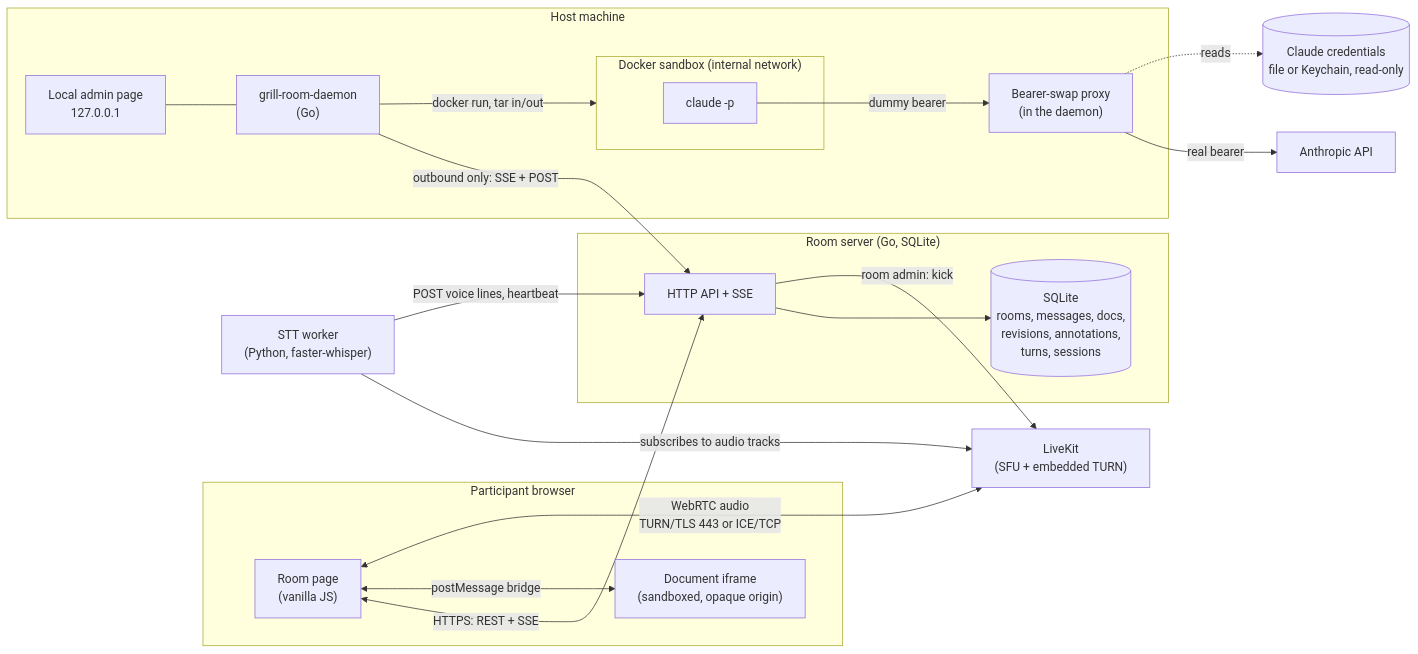
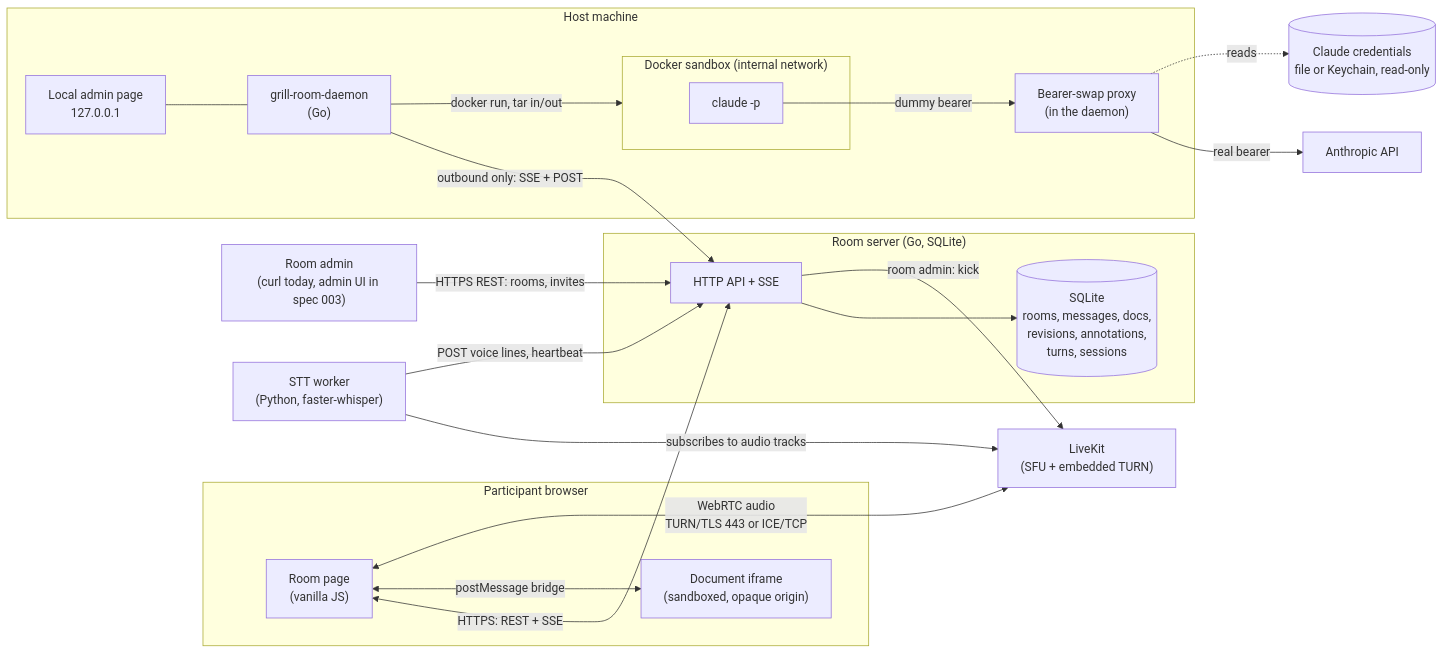
One commit to babs/grill-room changed the diagram in docs/architecture.md. Above: the diagram before and after it, drawn with Mermaid. The commit also changed other lines of this file, not shown here.

Commit message:
docs: show the room admin in the architecture diagram

````diff
--- a/docs/architecture.md
+++ b/docs/architecture.md
@@ -5,41 +5,43 @@
 ```mermaid
 flowchart LR
   subgraph Browser["Participant browser"]
     UI["Room page<br/>(vanilla JS)"]
     Frame["Document iframe<br/>(sandboxed, opaque origin)"]
   end
 
   subgraph Server["Room server (Go, SQLite)"]
     API["HTTP API + SSE"]
     Store[("SQLite<br/>rooms, messages, docs,<br/>revisions, annotations,<br/>turns, sessions")]
   end
 
+  AdminC["Room admin<br/>(curl today, admin UI in spec 003)"]
   LK["LiveKit<br/>(SFU + embedded TURN)"]
   STT["STT worker<br/>(Python, faster-whisper)"]
 
   subgraph Host["Host machine"]
     Daemon["grill-room-daemon<br/>(Go)"]
     Admin["Local admin page<br/>127.0.0.1"]
     Proxy["Bearer-swap proxy<br/>(in the daemon)"]
     subgraph Sandbox["Docker sandbox (internal network)"]
       Claude["claude -p"]
     end
   end
 
   Anthropic["Anthropic API"]
   Creds[("Claude credentials<br/>file or Keychain, read-only")]
 
   UI <-->|"HTTPS: REST + SSE"| API
+  AdminC -->|"HTTPS REST: rooms, invites"| API
   UI <-->|"postMessage bridge"| Frame
   UI <-->|"WebRTC audio<br/>TURN/TLS 443 or ICE/TCP"| LK
   STT -->|"subscribes to audio tracks"| LK
   STT -->|"POST voice lines, heartbeat"| API
   API --> Store
   API -->|"room admin: kick"| LK
   Daemon -->|"outbound only: SSE + POST"| API
   Admin --- Daemon
   Daemon -->|"docker run, tar in/out"| Sandbox
   Claude -->|"dummy bearer"| Proxy
   Proxy -->|"real bearer"| Anthropic
   Proxy -.->|"reads"| Creds
 ```
````
